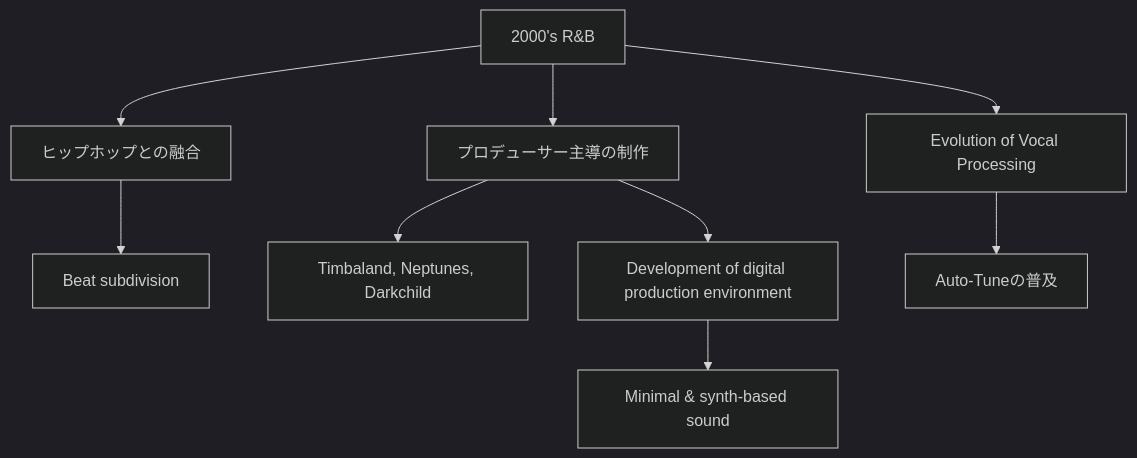
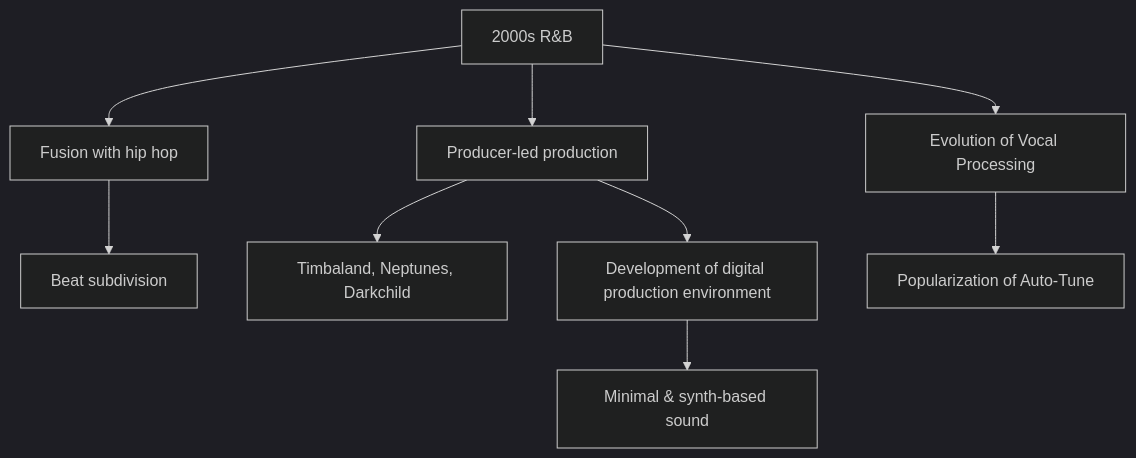
The second of 2 diagrams in en/_posts/2025-11-20-column-2000s-r-and-b.md (monumental-movement/monumental-movement.github.io), drawn with Mermaid (dark theme) before and after one commit. The commit also changed other lines of this file and 399 other files, not shown here.

```diff
--- a/en/_posts/2025-11-20-column-2000s-r-and-b.md
+++ b/en/_posts/2025-11-20-column-2000s-r-and-b.md
@@ -252,15 +252,15 @@
 <div class="mermaid">
 
 flowchart TD
 
-A["2000's R&B"] --> B["ヒップホップとの融合"]
-A --> C["プロデューサー主導の制作"]
+A["2000s R&B"] --> B["Fusion with hip hop"]
+A --> C["Producer-led production"]
 A --> D["Evolution of Vocal Processing"]
 B --> E["Beat subdivision"]
 C --> F["Timbaland, Neptunes, Darkchild"]
-D --> G["Auto-Tuneの普及"]
+D --> G["Popularization of Auto-Tune"]
 C --> H["Development of digital production environment"]
 H --> I["Minimal & synth-based sound"]
 
 
 </div>
```
